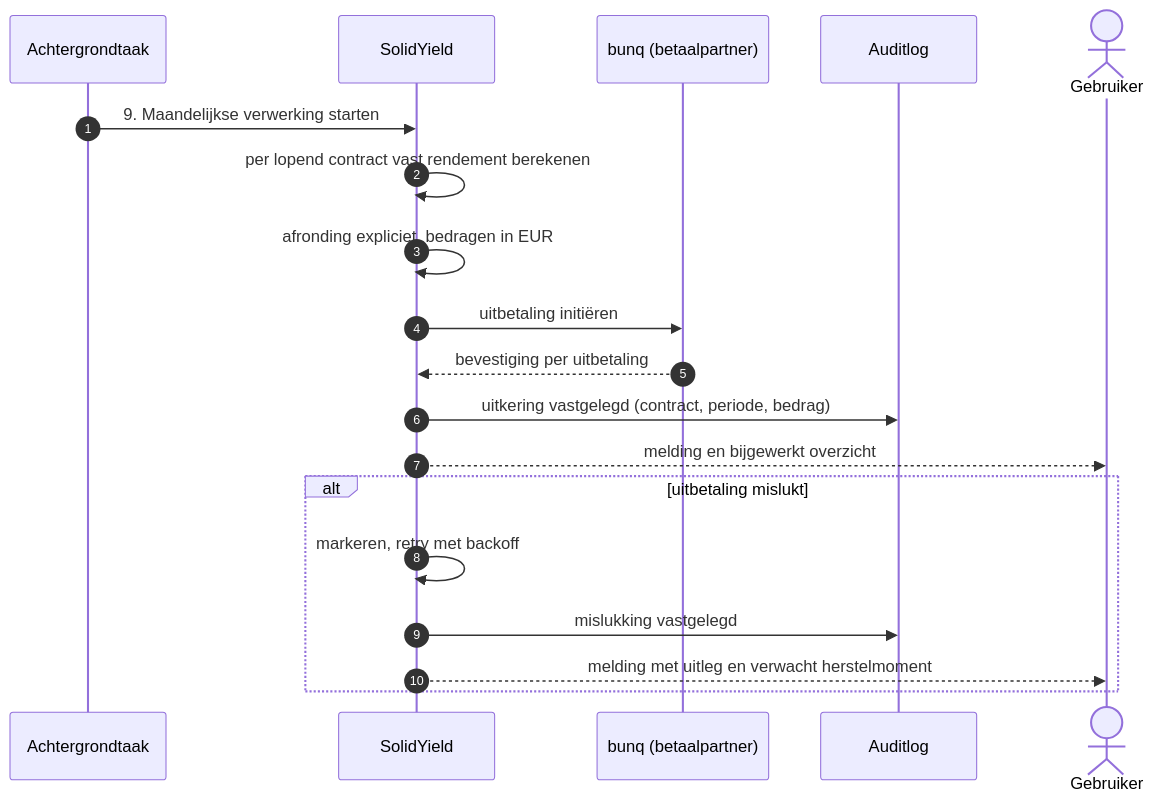
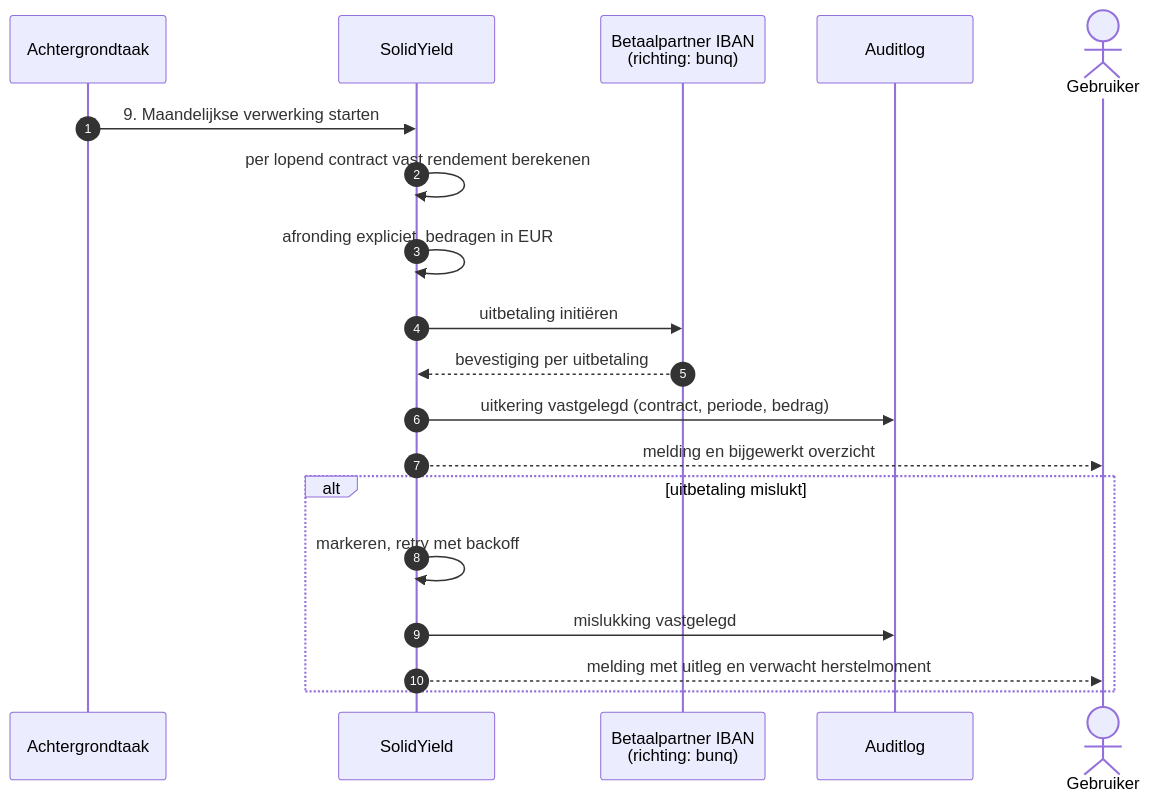
Before and after one commit to WildcatKSS/SolidYield: the fifth of 7 diagrams in docs/architecture/adr/0008-geld-en-contractstroom.md, drawn with Mermaid. The commit also changed other lines of this file and 13 other files, not shown here.

````diff
--- a/docs/architecture/adr/0008-geld-en-contractstroom.md
+++ b/docs/architecture/adr/0008-geld-en-contractstroom.md
@@ -211,23 +228,23 @@
 ```mermaid
 sequenceDiagram
     autonumber
     participant JOB as Achtergrondtaak
     participant SY as SolidYield
-    participant B as bunq (betaalpartner)
+    participant B as Betaalpartner IBAN<br/>(richting: bunq)
     participant AUD as Auditlog
     actor G as Gebruiker
 
     JOB->>SY: 9. Maandelijkse verwerking starten
     SY->>SY: per lopend contract vast rendement berekenen
     SY->>SY: afronding expliciet, bedragen in EUR
     SY->>B: uitbetaling initiëren
     B-->>SY: bevestiging per uitbetaling
     SY->>AUD: uitkering vastgelegd (contract, periode, bedrag)
     SY-->>G: melding en bijgewerkt overzicht
 
     alt uitbetaling mislukt
         SY->>SY: markeren, retry met backoff
         SY->>AUD: mislukking vastgelegd
         SY-->>G: melding met uitleg en verwacht herstelmoment
     end
 ```
````
